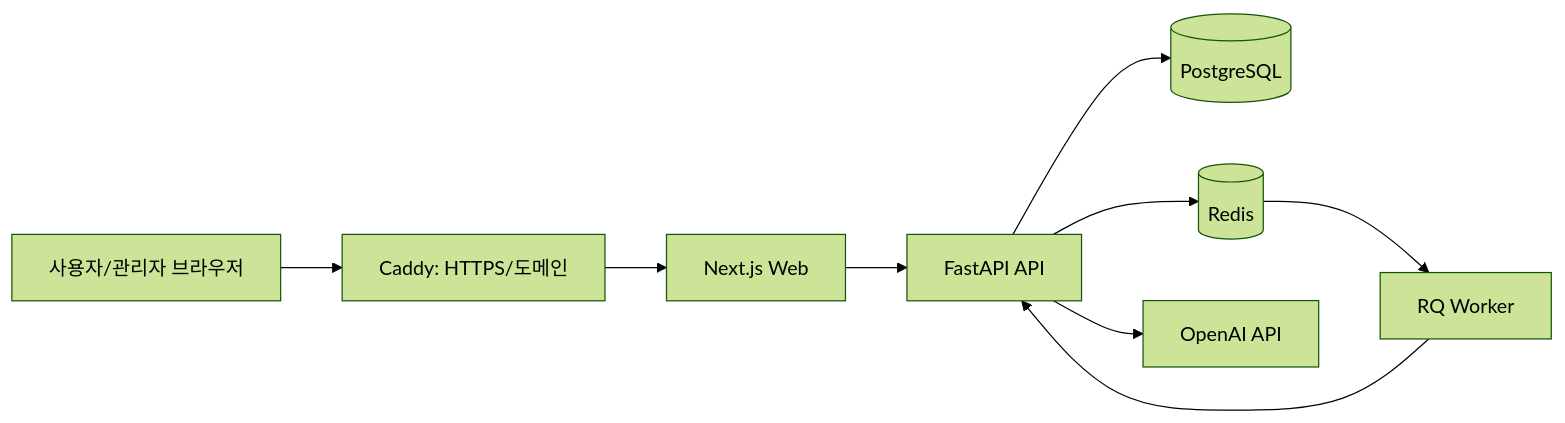
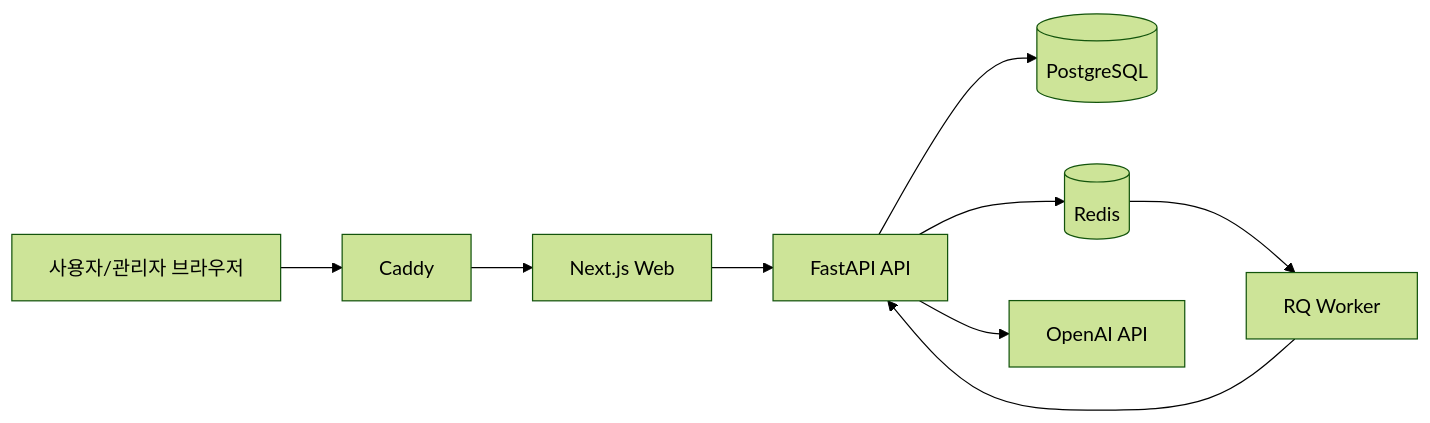
One commit to JunSeokCheon/qa-lab changed the diagram in docs/system-architecture.md. Above: the diagram before and after it, drawn with Mermaid (forest theme). The commit also changed other lines of this file and 7 other files, not shown here.

````diff
--- a/docs/system-architecture.md
+++ b/docs/system-architecture.md
@@ -21,11 +21,11 @@
 ```mermaid
 flowchart LR
-  U[사용자/관리자 브라우저] --> C[Caddy: HTTPS/도메인]
+  U[사용자/관리자 브라우저] --> C[Caddy]
   C --> W[Next.js Web]
   W --> A[FastAPI API]
   A --> P[(PostgreSQL)]
   A --> R[(Redis)]
   R --> K[RQ Worker]
   K --> A
   A --> O[OpenAI API]
 ```
````
